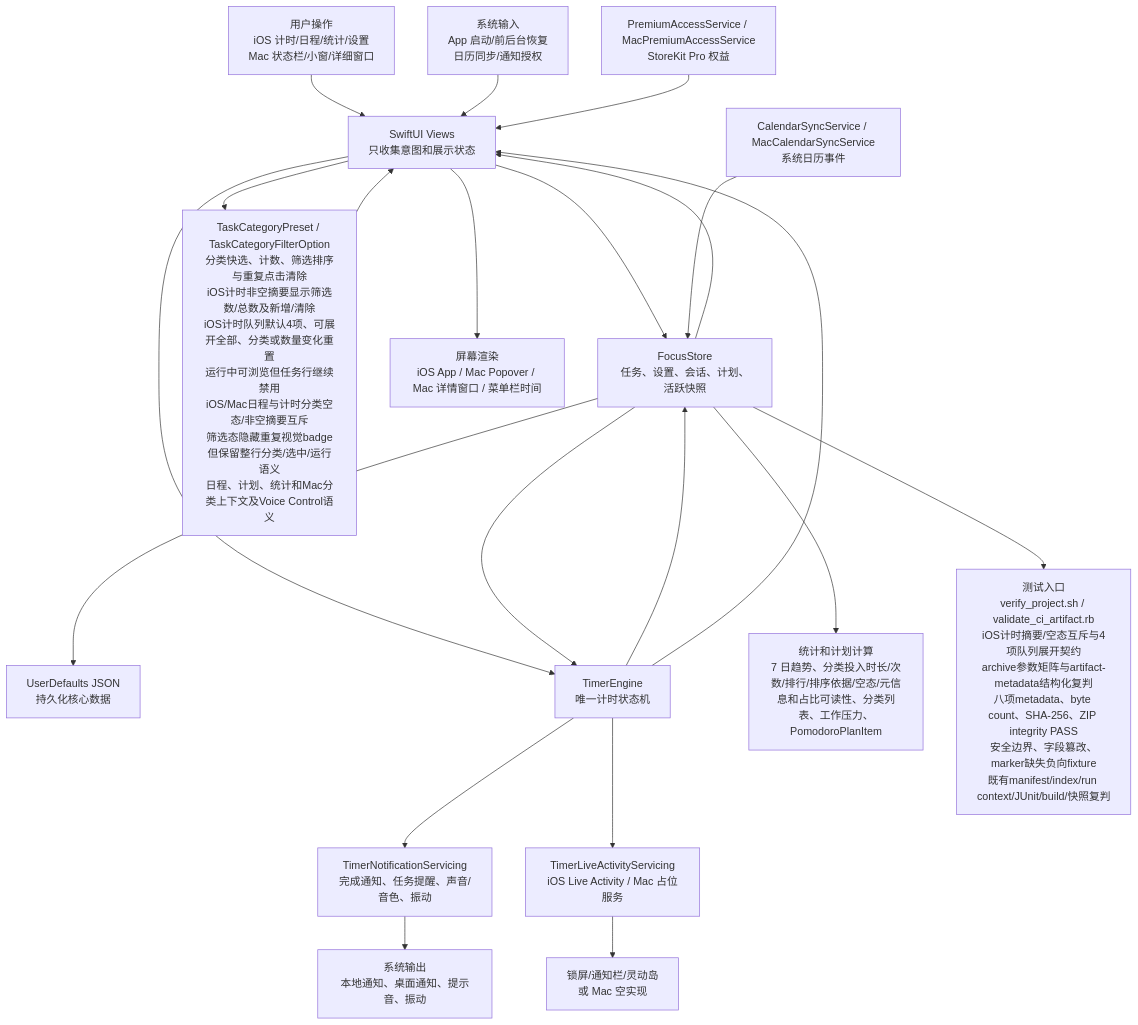
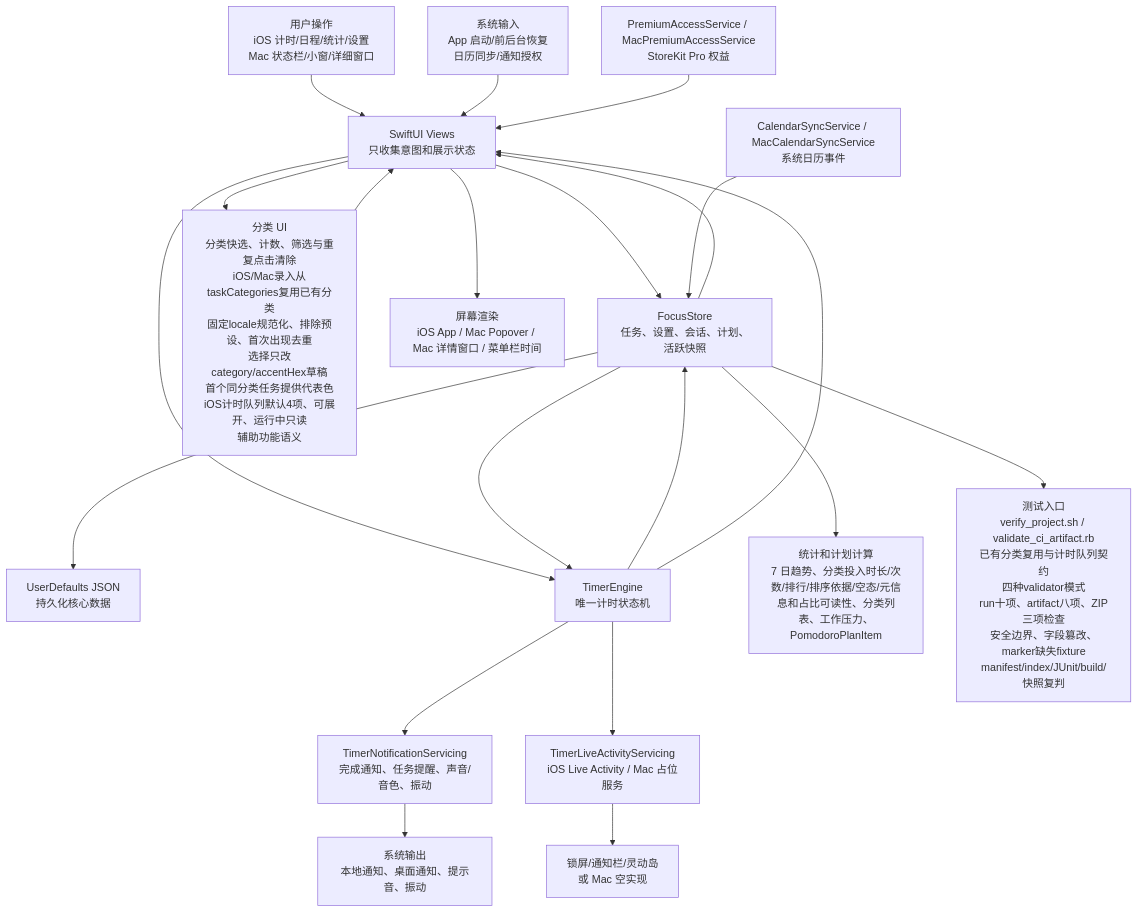
The first of 6 diagrams in md/flow/flowchart.md (Altman-sam114/114), drawn with Mermaid before and after one commit. The commit also changed other lines of this file and 11 other files, not shown here.

````diff
--- a/md/flow/flowchart.md
+++ b/md/flow/flowchart.md
@@ -9,23 +9,23 @@
 ```mermaid
 flowchart TD
   U["用户操作<br/>iOS 计时/日程/统计/设置<br/>Mac 状态栏/小窗/详细窗口"] --> V["SwiftUI Views<br/>只收集意图和展示状态"]
   SYS["系统输入<br/>App 启动/前后台恢复<br/>日历同步/通知授权"] --> V
   V --> S["FocusStore<br/>任务、设置、会话、计划、活跃快照"]
-  V --> CAT["TaskCategoryPreset / TaskCategoryFilterOption<br/>分类快选、计数、筛选排序与重复点击清除<br/>iOS计时非空摘要显示筛选数/总数及新增/清除<br/>iOS计时队列默认4项、可展开全部、分类或数量变化重置<br/>运行中可浏览但任务行继续禁用<br/>iOS/Mac日程与计时分类空态/非空摘要互斥<br/>筛选态隐藏重复视觉badge但保留整行分类/选中/运行语义<br/>日程、计划、统计和Mac分类上下文及Voice Control语义"]
+  V --> CAT["分类 UI<br/>分类快选、计数、筛选与重复点击清除<br/>iOS/Mac录入从taskCategories复用已有分类<br/>固定locale规范化、排除预设、首次出现去重<br/>选择只改category/accentHex草稿<br/>首个同分类任务提供代表色<br/>iOS计时队列默认4项、可展开、运行中只读<br/>辅助功能语义"]
   CAT --> V
   S --> P["UserDefaults JSON<br/>持久化核心数据"]
   V --> E["TimerEngine<br/>唯一计时状态机"]
   S --> E
   E --> S
   E --> N["TimerNotificationServicing<br/>完成通知、任务提醒、声音/音色、振动"]
   E --> L["TimerLiveActivityServicing<br/>iOS Live Activity / Mac 占位服务"]
   S --> C["统计和计划计算<br/>7 日趋势、分类投入时长/次数/排行/排序依据/空态/元信息和占比可读性、分类列表、工作压力、PomodoroPlanItem"]
   CAL["CalendarSyncService / MacCalendarSyncService<br/>系统日历事件"] --> S
   PRO["PremiumAccessService / MacPremiumAccessService<br/>StoreKit Pro 权益"] --> V
   S --> V
   E --> V
   V --> OUT["屏幕渲染<br/>iOS App / Mac Popover / Mac 详情窗口 / 菜单栏时间"]
   N --> OUT2["系统输出<br/>本地通知、桌面通知、提示音、振动"]
   L --> OUT3["锁屏/通知栏/灵动岛<br/>或 Mac 空实现"]
-  S --> T["测试入口<br/>verify_project.sh / validate_ci_artifact.rb<br/>iOS计时摘要/空态互斥与4项队列展开契约<br/>archive参数矩阵与artifact-metadata结构化复判<br/>八项metadata、byte count、SHA-256、ZIP integrity PASS<br/>安全边界、字段篡改、marker缺失负向fixture<br/>既有manifest/index/run context/JUnit/build/快照复判"]
+  S --> T["测试入口<br/>verify_project.sh / validate_ci_artifact.rb<br/>已有分类复用与计时队列契约<br/>四种validator模式<br/>run十项、artifact八项、ZIP三项检查<br/>安全边界、字段篡改、marker缺失fixture<br/>manifest/index/JUnit/build/快照复判"]
 ```
````
